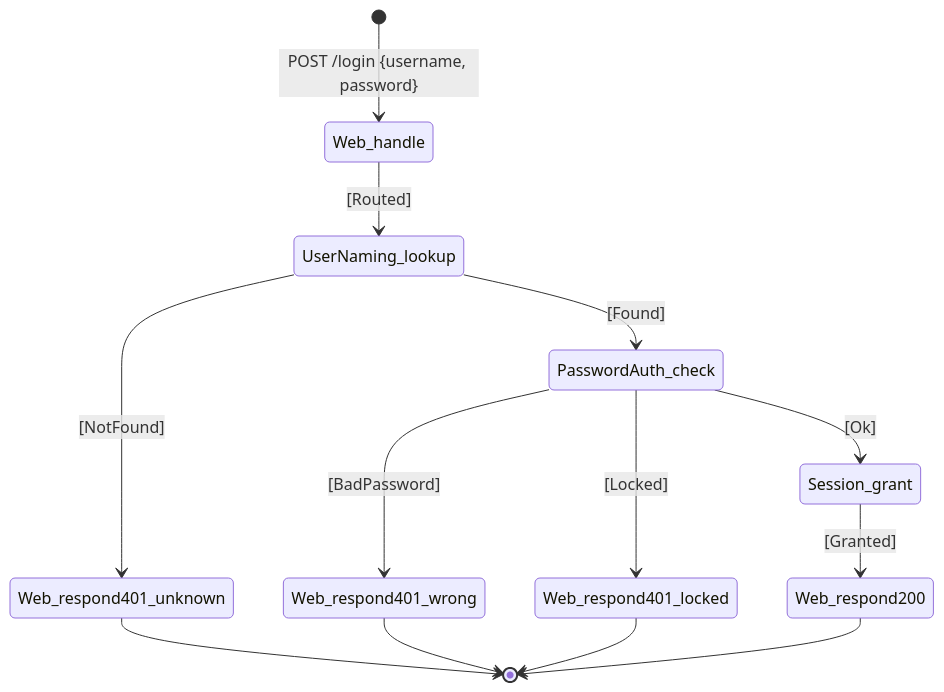
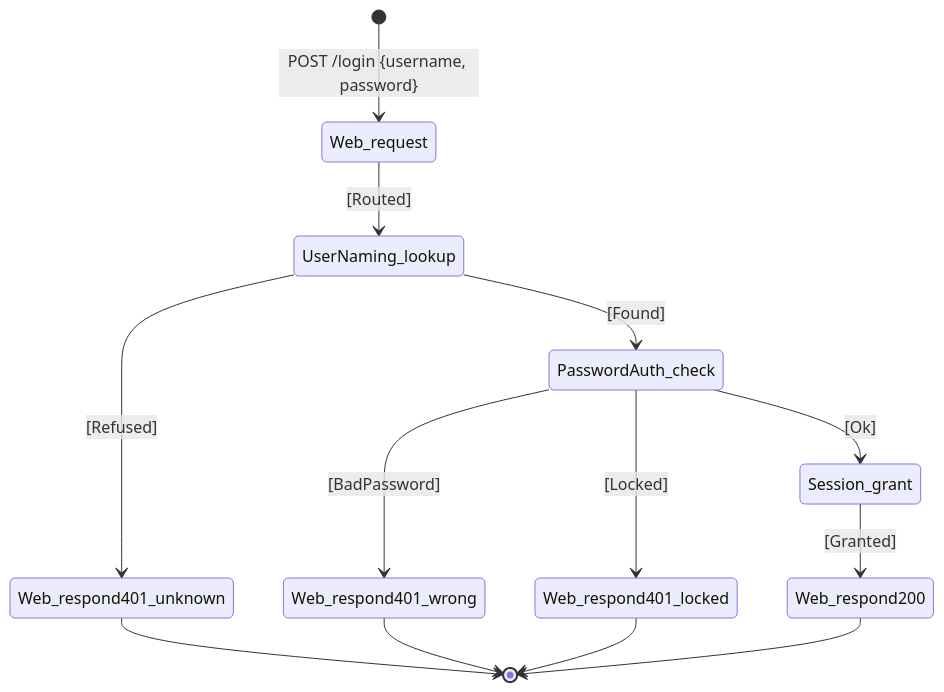
One commit to abratto/clad changed the diagram in features/UC-00-login/stages/01b_chain-table/output/login-all-scenarios-chain.md. Above: the diagram before and after it, drawn with Mermaid. The commit also changed other lines of this file and 113 other files, not shown here.

````diff
--- a/features/UC-00-login/stages/01b_chain-table/output/login-all-scenarios-chain.md
+++ b/features/UC-00-login/stages/01b_chain-table/output/login-all-scenarios-chain.md
@@ -46,15 +46,15 @@
 ```mermaid
 stateDiagram-v2
-    [*] --> Web_handle : POST /login {username, password}
-    Web_handle --> UserNaming_lookup : [Routed]
-    UserNaming_lookup --> Web_respond401_unknown : [NotFound]
+    [*] --> Web_request : POST /login {username, password}
+    Web_request --> UserNaming_lookup : [Routed]
+    UserNaming_lookup --> Web_respond401_unknown : [Refused]
     UserNaming_lookup --> PasswordAuth_check : [Found]
     PasswordAuth_check --> Web_respond401_wrong : [BadPassword]
     PasswordAuth_check --> Web_respond401_locked : [Locked]
     PasswordAuth_check --> Session_grant : [Ok]
     Session_grant --> Web_respond200 : [Granted]
     Web_respond401_unknown --> [*]
     Web_respond401_wrong --> [*]
     Web_respond401_locked --> [*]
     Web_respond200 --> [*]
 ```
````
